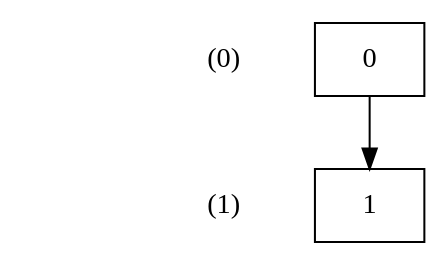
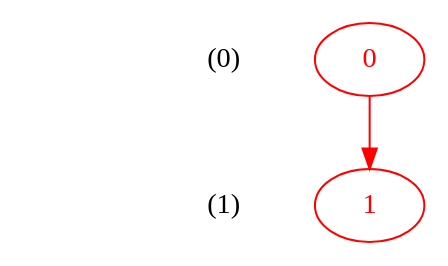
One commit to jloughry/subset changed the diagram in optimal_1.dot. Above: the diagram before and after it, drawn with Graphviz. The commit also changed 8 other files, not shown here.

```diff
--- a/optimal_1.dot
+++ b/optimal_1.dot
@@ -1,31 +1,31 @@
 /*
 	dot -T pdf optimal_1.dot -o optimal_1.pdf
 */
 
 digraph optimal_1 {
 
 	node [shape=plaintext]
 
 	"rank0" [label="0"]
 	"rank1" [label="1"]
 
 	"size0" [label="(0)"]
 	"size1" [label="(1)"]
 
 	edge [style=invis]
 
 	"size0" -> "size1"
 
 	edge [style=solid]
 	node [shape=box]
 
 	{rank=same; "rank0" [style=invis];
-		0
+		0 [shape=ellipse,color=red,fontcolor=red]
 	}
 
 	{rank=same; "rank1" [style=invis];
-		1
+		1 [shape=ellipse,color=red,fontcolor=red]
 	}
 
-	0->1;
+	0->1 [color=red];
 }
```
